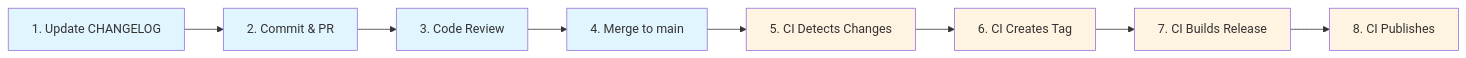
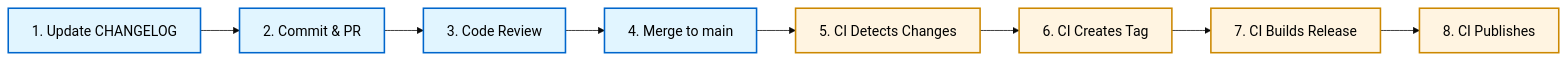
One commit to ready-to-release/eac changed the diagram in docs/how-to-guides/eac/commands/release-management/index.md. Above: the diagram before and after it, drawn with Mermaid. The commit also changed other lines of this file and 12 other files, not shown here.

First line of the commit message:
docs(multi-module): add release workflow documentation and mermaid diagrams

````diff
--- a/docs/how-to-guides/eac/commands/release-management/index.md
+++ b/docs/how-to-guides/eac/commands/release-management/index.md
@@ -39,19 +48,20 @@
 ```mermaid
+%%{init: {'theme':'base', 'themeVariables': { 'fontSize':'18px'}}}%%
 graph LR
     A[1. Update CHANGELOG] --> B[2. Commit & PR]
     B --> C[3. Code Review]
     C --> D[4. Merge to main]
     D --> E[5. CI Detects Changes]
     E --> F[6. CI Creates Tag]
     F --> G[7. CI Builds Release]
     G --> H[8. CI Publishes]
 
-    style A fill:#e1f5ff
-    style B fill:#e1f5ff
-    style C fill:#e1f5ff
-    style D fill:#e1f5ff
-    style E fill:#fff4e1
-    style F fill:#fff4e1
-    style G fill:#fff4e1
-    style H fill:#fff4e1
+    style A fill:#e1f5ff,stroke:#0066cc,stroke-width:2px,color:#000
+    style B fill:#e1f5ff,stroke:#0066cc,stroke-width:2px,color:#000
+    style C fill:#e1f5ff,stroke:#0066cc,stroke-width:2px,color:#000
+    style D fill:#e1f5ff,stroke:#0066cc,stroke-width:2px,color:#000
+    style E fill:#fff4e1,stroke:#cc8800,stroke-width:2px,color:#000
+    style F fill:#fff4e1,stroke:#cc8800,stroke-width:2px,color:#000
+    style G fill:#fff4e1,stroke:#cc8800,stroke-width:2px,color:#000
+    style H fill:#fff4e1,stroke:#cc8800,stroke-width:2px,color:#000
 ```
````
